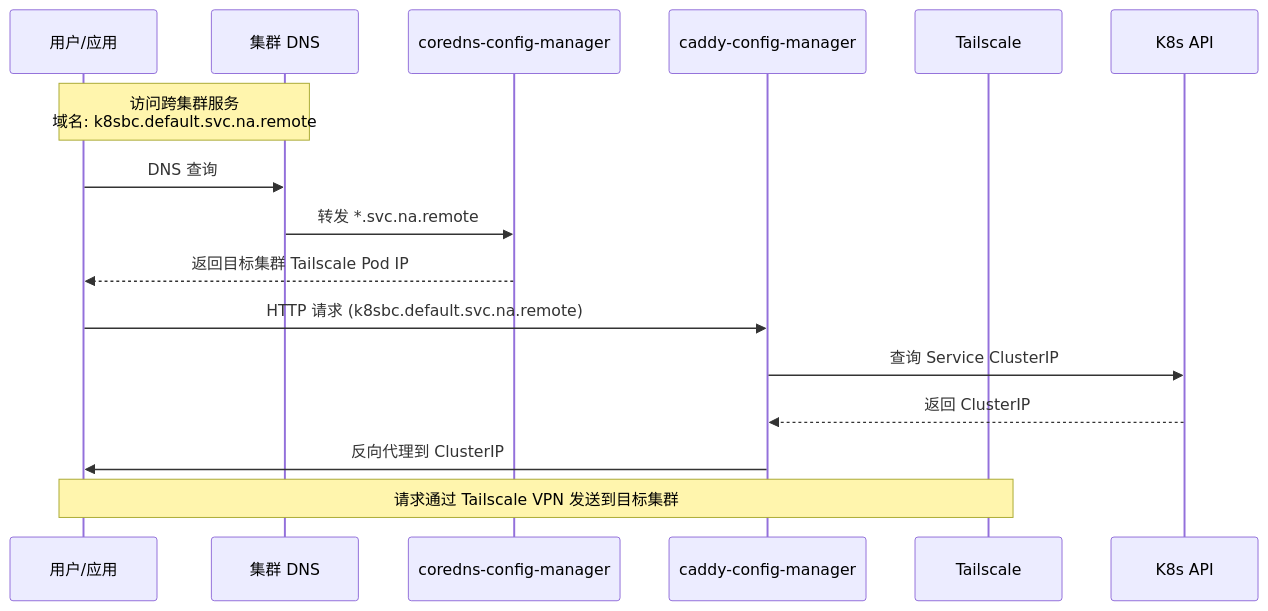
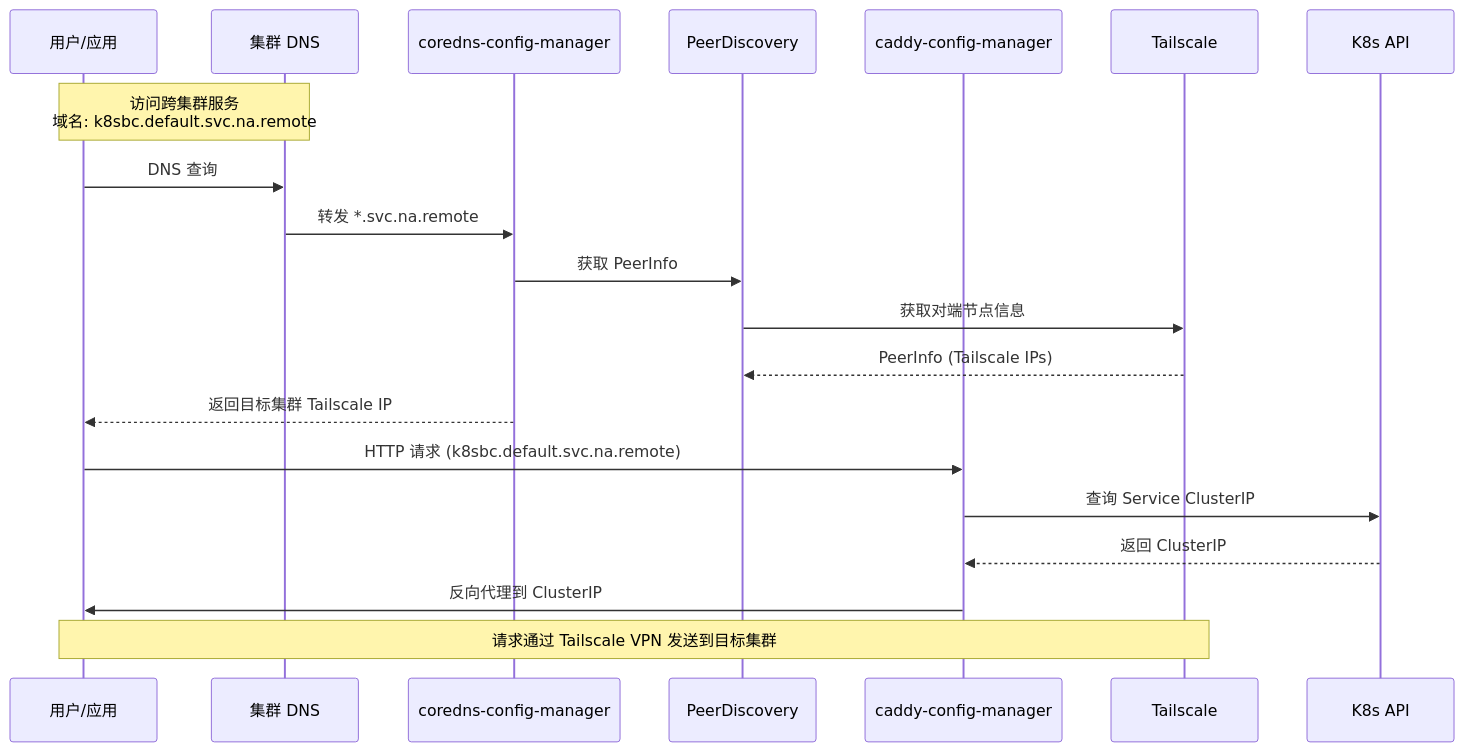
One commit to wold9168/k8s-cross-cluster changed the second of 5 diagrams in README.md. Above: the diagram before and after it, drawn with Mermaid. The commit also changed other lines of this file, not shown here.

````diff
--- a/README.md
+++ b/README.md
@@ -90,22 +94,26 @@
 ```mermaid
 sequenceDiagram
     participant U as 用户/应用
     participant ClusterDNS as 集群 DNS
     participant SidecarDNS as coredns-config-manager
+    participant PD as PeerDiscovery
     participant Caddy as caddy-config-manager
     participant TS as Tailscale
     participant K8sAPI as K8s API
 
     Note over U,ClusterDNS: 访问跨集群服务<br/>域名: k8sbc.default.svc.na.remote
 
     U->>ClusterDNS: DNS 查询
     ClusterDNS->>SidecarDNS: 转发 *.svc.na.remote
-    SidecarDNS-->>U: 返回目标集群 Tailscale Pod IP
+    SidecarDNS->>PD: 获取 PeerInfo
+    PD->>TS: 获取对端节点信息
+    TS-->>PD: PeerInfo (Tailscale IPs)
+    SidecarDNS-->>U: 返回目标集群 Tailscale IP
 
     U->>Caddy: HTTP 请求 (k8sbc.default.svc.na.remote)
     Caddy->>K8sAPI: 查询 Service ClusterIP
     K8sAPI-->>Caddy: 返回 ClusterIP
     Caddy->>U: 反向代理到 ClusterIP
 
     Note over U,TS: 请求通过 Tailscale VPN 发送到目标集群
 ```
````
